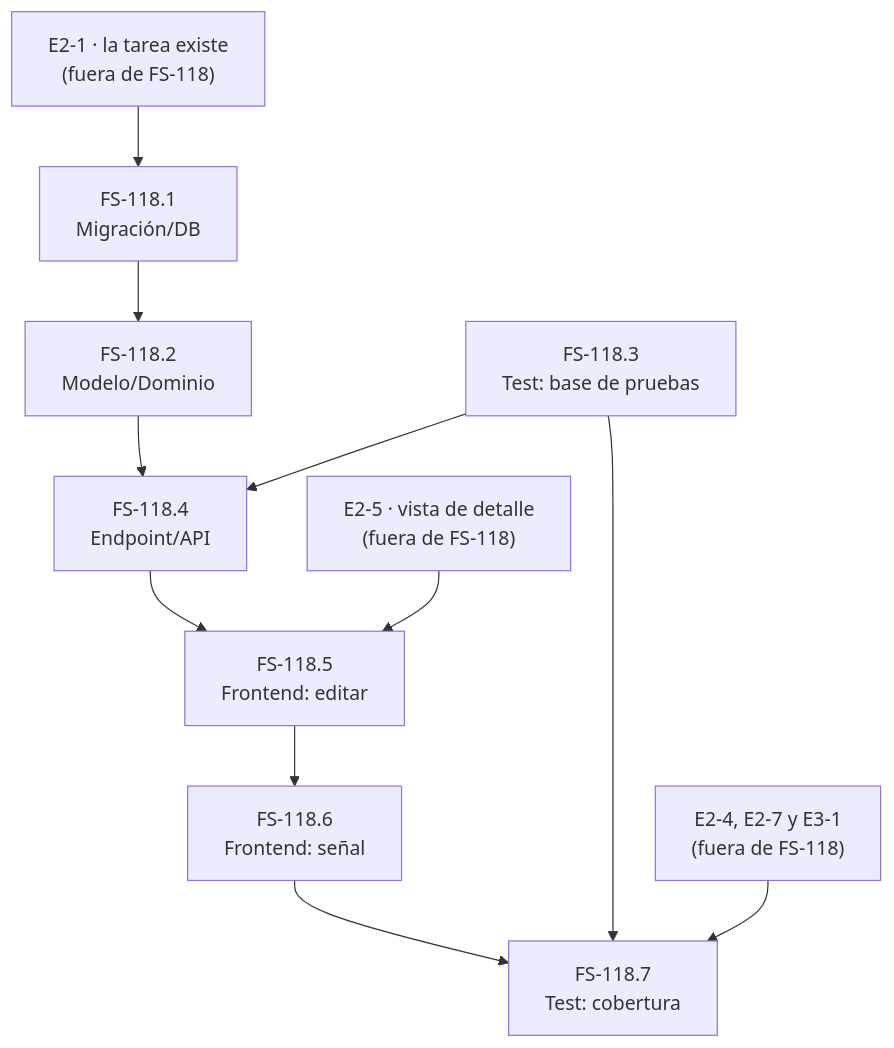
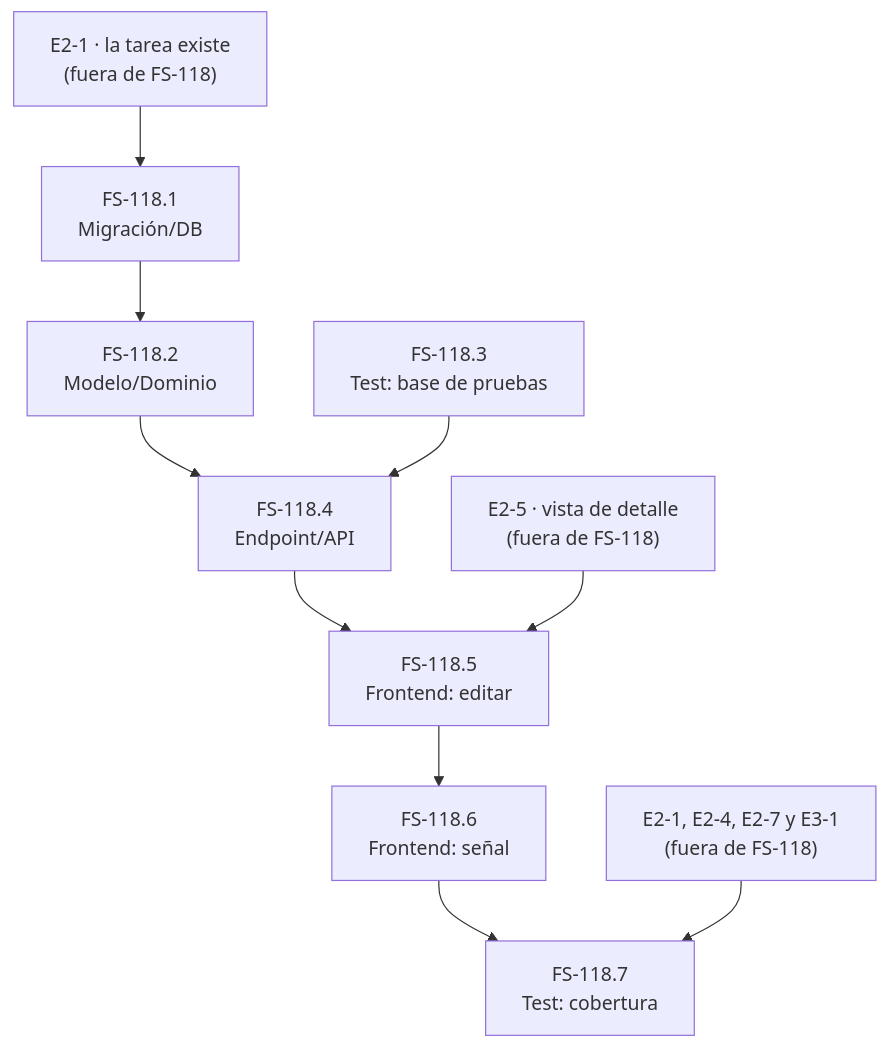
The diagram in docs/backlog/E2-gestion-tareas/us-fechas-vencimiento.md (Frangit12/flowsync-ai4devs-202610-ro), drawn with Mermaid before and after one commit. The commit also changed other lines of this file, not shown here.

````diff
--- a/docs/backlog/E2-gestion-tareas/us-fechas-vencimiento.md
+++ b/docs/backlog/E2-gestion-tareas/us-fechas-vencimiento.md
@@ -275,13 +275,12 @@
 ```mermaid
 graph TD
     E21["E2-1 · la tarea existe<br/>(fuera de FS-118)"] --> T1["FS-118.1<br/>Migración/DB"]
     T1 --> T2["FS-118.2<br/>Modelo/Dominio"]
     T2 --> T4["FS-118.4<br/>Endpoint/API"]
     T3["FS-118.3<br/>Test: base de pruebas"] --> T4
     T4 --> T5["FS-118.5<br/>Frontend: editar"]
     E25["E2-5 · vista de detalle<br/>(fuera de FS-118)"] --> T5
     T5 --> T6["FS-118.6<br/>Frontend: señal"]
     T6 --> T7["FS-118.7<br/>Test: cobertura"]
-    T3 --> T7
-    EXT["E2-4, E2-7 y E3-1<br/>(fuera de FS-118)"] --> T7
+    EXT["E2-1, E2-4, E2-7 y E3-1<br/>(fuera de FS-118)"] --> T7
 ```
````
